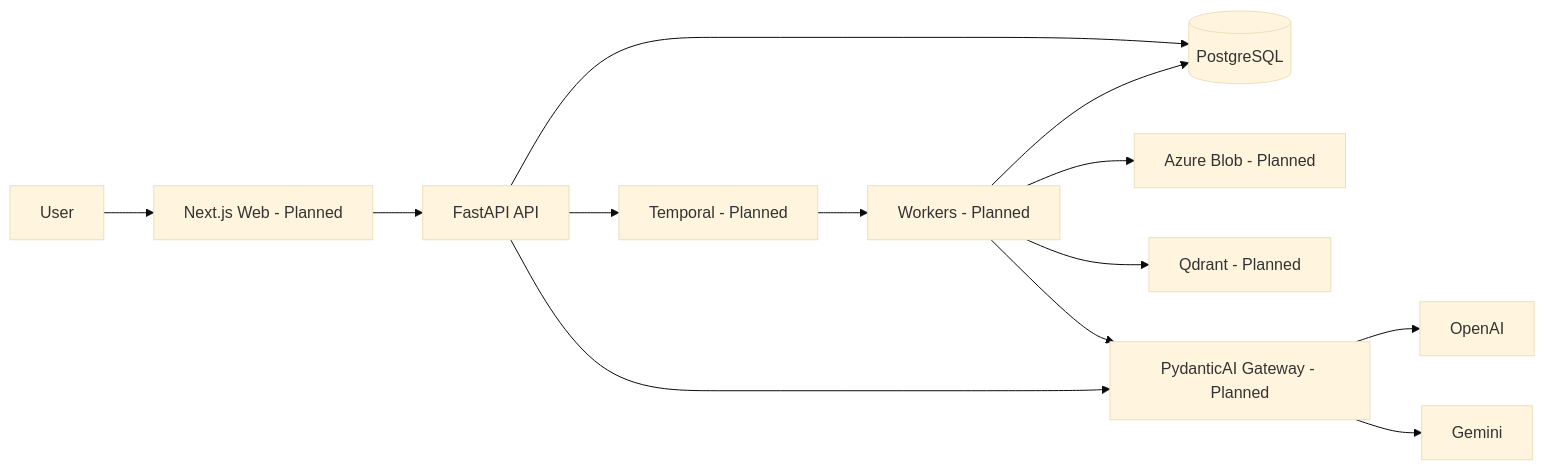
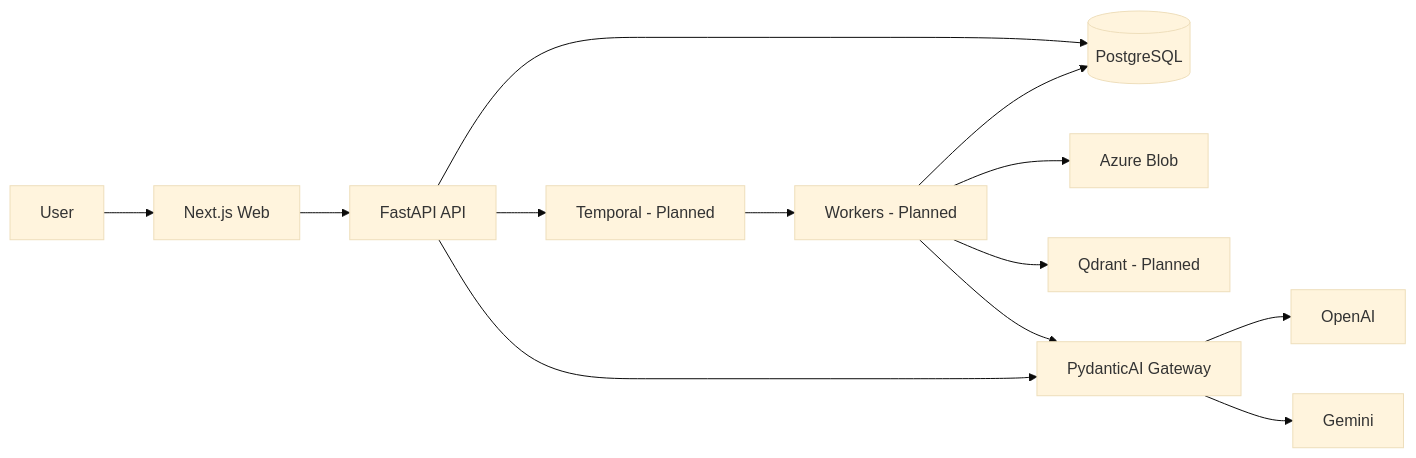
The first of 2 diagrams in .ai/ARCHITECTURE.md (nahyan0077/knowledge-os), drawn with Mermaid (base theme) before and after one commit. The commit also changed other lines of this file and 35 other files, not shown here.

````diff
--- a/.ai/ARCHITECTURE.md
+++ b/.ai/ARCHITECTURE.md
@@ -17,15 +17,15 @@
 ```mermaid
 flowchart LR
-    User --> Web[Next.js Web - Planned]
+    User --> Web[Next.js Web]
     Web --> API[FastAPI API]
     API --> PG[(PostgreSQL)]
     API --> Temporal[Temporal - Planned]
     Temporal --> Workers[Workers - Planned]
     Workers --> PG
-    Workers --> Blob[Azure Blob - Planned]
+    Workers --> Blob[Azure Blob]
     Workers --> Qdrant[Qdrant - Planned]
-    API --> AI[PydanticAI Gateway - Planned]
+    API --> AI[PydanticAI Gateway]
     Workers --> AI
     AI --> OpenAI
     AI --> Gemini
 ```
````
